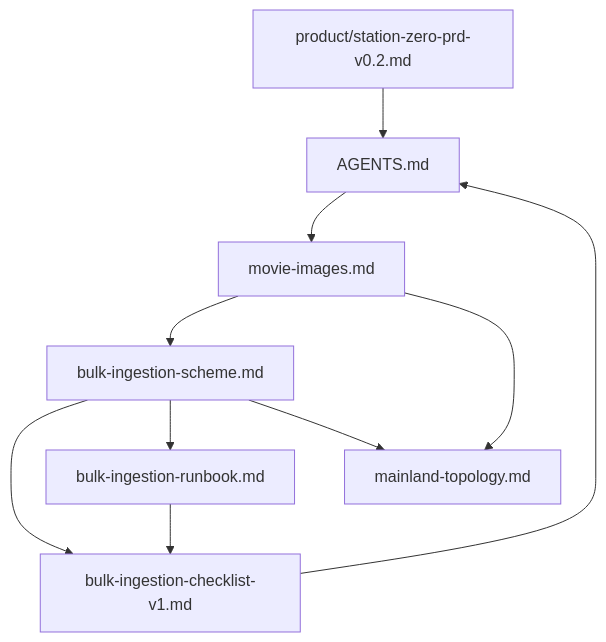
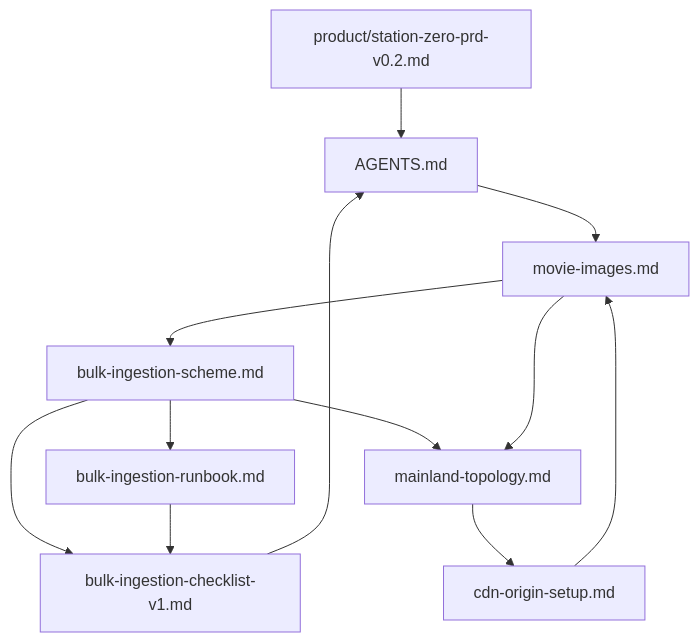
Before and after one commit to xue7106211/station-zero: the diagram in docs/index.md, drawn with Mermaid. The commit also changed other lines of this file and 3 other files, not shown here.

First line of the commit message:
Add CDN origin setup guide for production deployment.

````diff
--- a/docs/index.md
+++ b/docs/index.md
@@ -132,20 +143,23 @@
 ```mermaid
 flowchart TB
   prd[product/station-zero-prd-v0.2.md]
   img[movie-images.md]
   bulk[bulk-ingestion-scheme.md]
   checklist[bulk-ingestion-checklist-v1.md]
   runbook[bulk-ingestion-runbook.md]
   topo[mainland-topology.md]
+  cdn[cdn-origin-setup.md]
   agents[AGENTS.md]
 
   prd --> agents
   img --> bulk
   bulk --> checklist
   bulk --> runbook
   runbook --> checklist
   bulk --> topo
   img --> topo
+  topo --> cdn
+  cdn --> img
   agents --> img
   checklist --> agents
 ```
````
